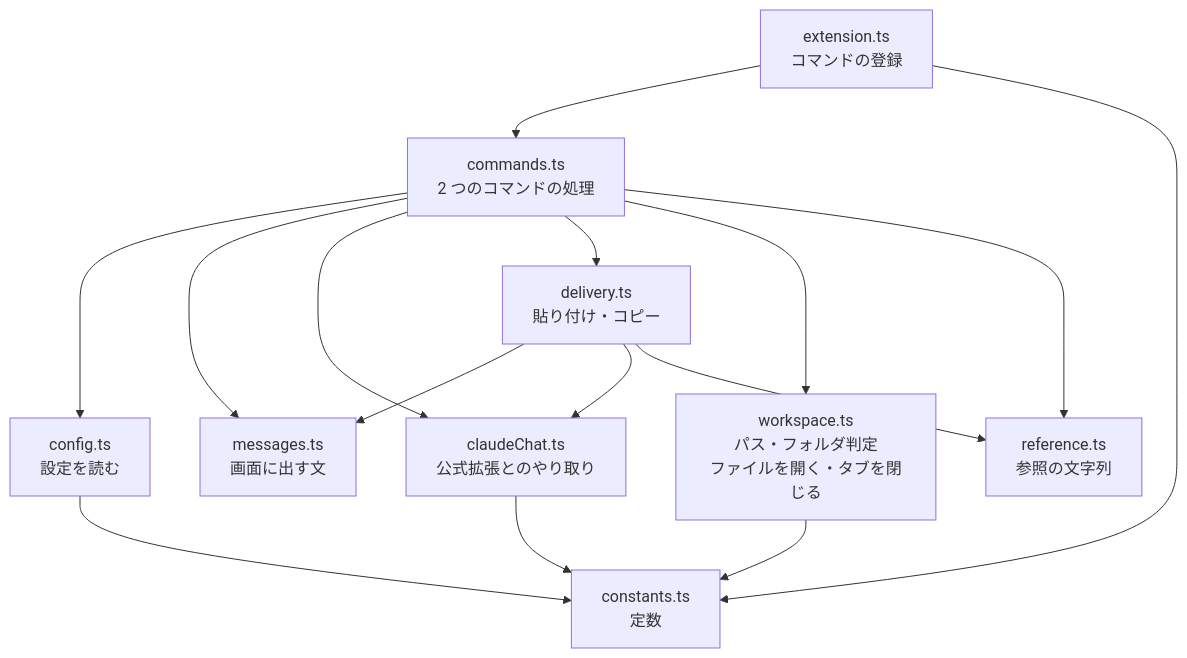
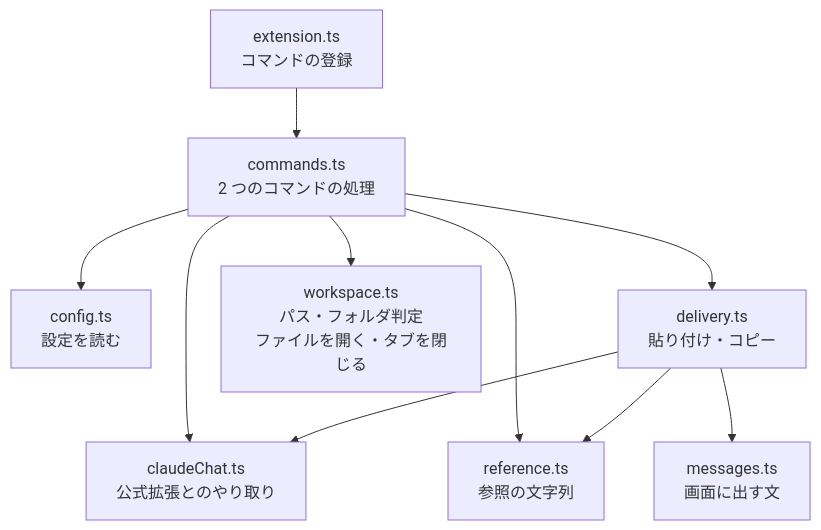
One commit to kip2/refs-to-chat changed the second of 3 diagrams in docs/ARCHITECTURE.md. Above: the diagram before and after it, drawn with Mermaid. The commit also changed other lines of this file and 35 other files, not shown here.

````diff
--- a/docs/ARCHITECTURE.md
+++ b/docs/ARCHITECTURE.md
@@ -133,17 +90,12 @@
 ```mermaid
 flowchart TD
   EXT["extension.ts<br/>コマンドの登録"] --> CMD["commands.ts<br/>2 つのコマンドの処理"]
-  EXT --> CONST["constants.ts<br/>定数"]
   CMD --> CFG["config.ts<br/>設定を読む"]
-  CFG --> CONST
-  CMD --> MSG["messages.ts<br/>画面に出す文"]
   CMD --> CHAT["claudeChat.ts<br/>公式拡張とのやり取り"]
-  CMD --> FB["delivery.ts<br/>貼り付け・コピー"]
-  FB --> MSG
+  CMD --> DL["delivery.ts<br/>貼り付け・コピー"]
   CMD --> WS["workspace.ts<br/>パス・フォルダ判定<br/>ファイルを開く・タブを閉じる"]
   CMD --> REF["reference.ts<br/>参照の文字列"]
-  FB --> CHAT
-  FB --> REF
-  CHAT --> CONST
-  WS --> CONST
+  DL --> CHAT
+  DL --> REF
+  DL --> MSG["messages.ts<br/>画面に出す文"]
 ```
````
